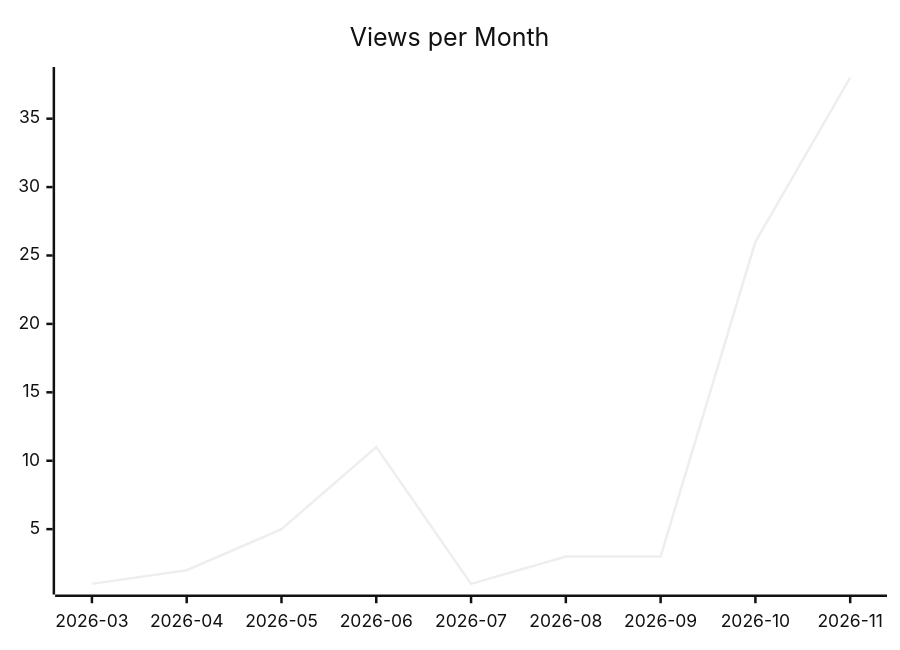
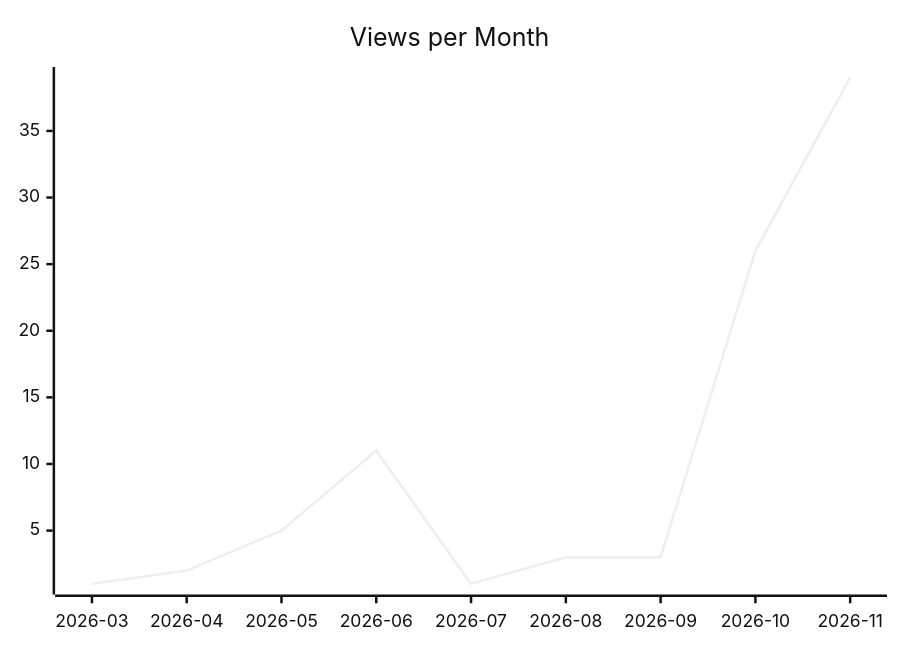
Before and after one commit to justdavis-family/github-analytics-data: the second of 3 diagrams in karlmdavis/justdavis-ansible/README.md, drawn with Mermaid (neutral theme). The commit also changed other lines of this file and 196 other files, not shown here.

````diff
--- a/karlmdavis/justdavis-ansible/README.md
+++ b/karlmdavis/justdavis-ansible/README.md
@@ -12,6 +12,6 @@
 ```mermaid
 xychart-beta
   title "Views per Month"
   x-axis ["2026-03", "2026-04", "2026-05", "2026-06", "2026-07", "2026-08", "2026-09", "2026-10", "2026-11"]
-  line [1, 2, 5, 11, 1, 3, 3, 26, 38]
+  line [1, 2, 5, 11, 1, 3, 3, 26, 39]
 ```
````
